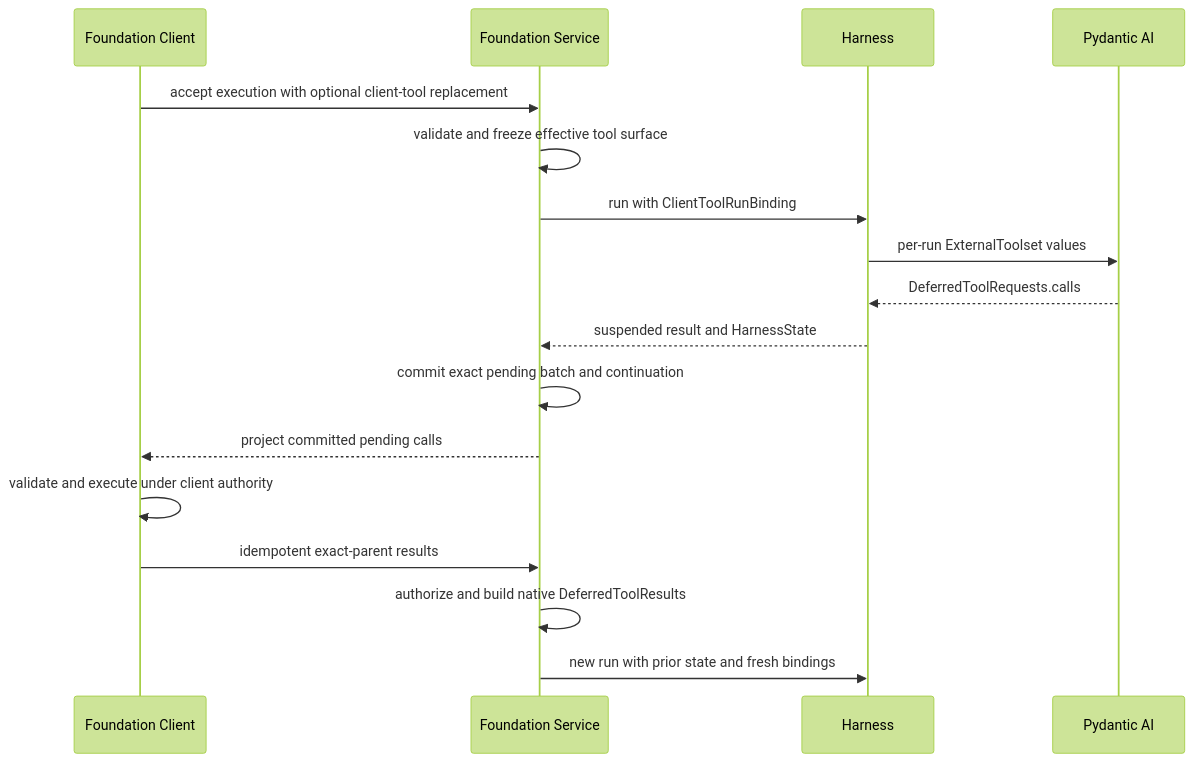
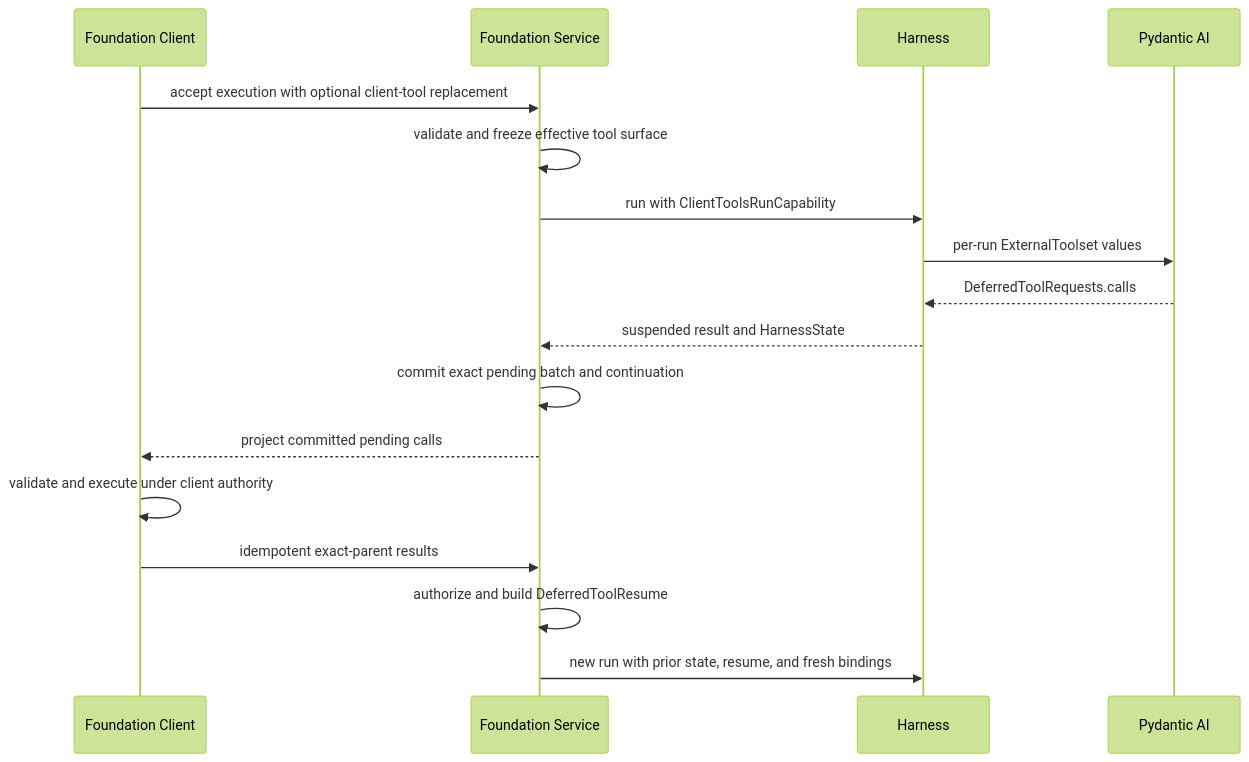
One commit to LTThreeComma/agent-foundation changed the diagram in spec/foundation-service/02-client-side-tools.md. Above: the diagram before and after it, drawn with Mermaid (forest theme). The commit also changed other lines of this file and 31 other files, not shown here.

````diff
--- a/spec/foundation-service/02-client-side-tools.md
+++ b/spec/foundation-service/02-client-side-tools.md
@@ -9,20 +9,20 @@
 ```mermaid
 sequenceDiagram
     participant Client as Foundation Client
     participant Service as Foundation Service
     participant Harness
     participant PAI as Pydantic AI
 
     Client->>Service: accept execution with optional client-tool replacement
     Service->>Service: validate and freeze effective tool surface
-    Service->>Harness: run with ClientToolRunBinding
+    Service->>Harness: run with ClientToolsRunCapability
     Harness->>PAI: per-run ExternalToolset values
     PAI-->>Harness: DeferredToolRequests.calls
     Harness-->>Service: suspended result and HarnessState
     Service->>Service: commit exact pending batch and continuation
     Service-->>Client: project committed pending calls
     Client->>Client: validate and execute under client authority
     Client->>Service: idempotent exact-parent results
-    Service->>Service: authorize and build native DeferredToolResults
-    Service->>Harness: new run with prior state and fresh bindings
+    Service->>Service: authorize and build DeferredToolResume
+    Service->>Harness: new run with prior state, resume, and fresh bindings
 ```
````
